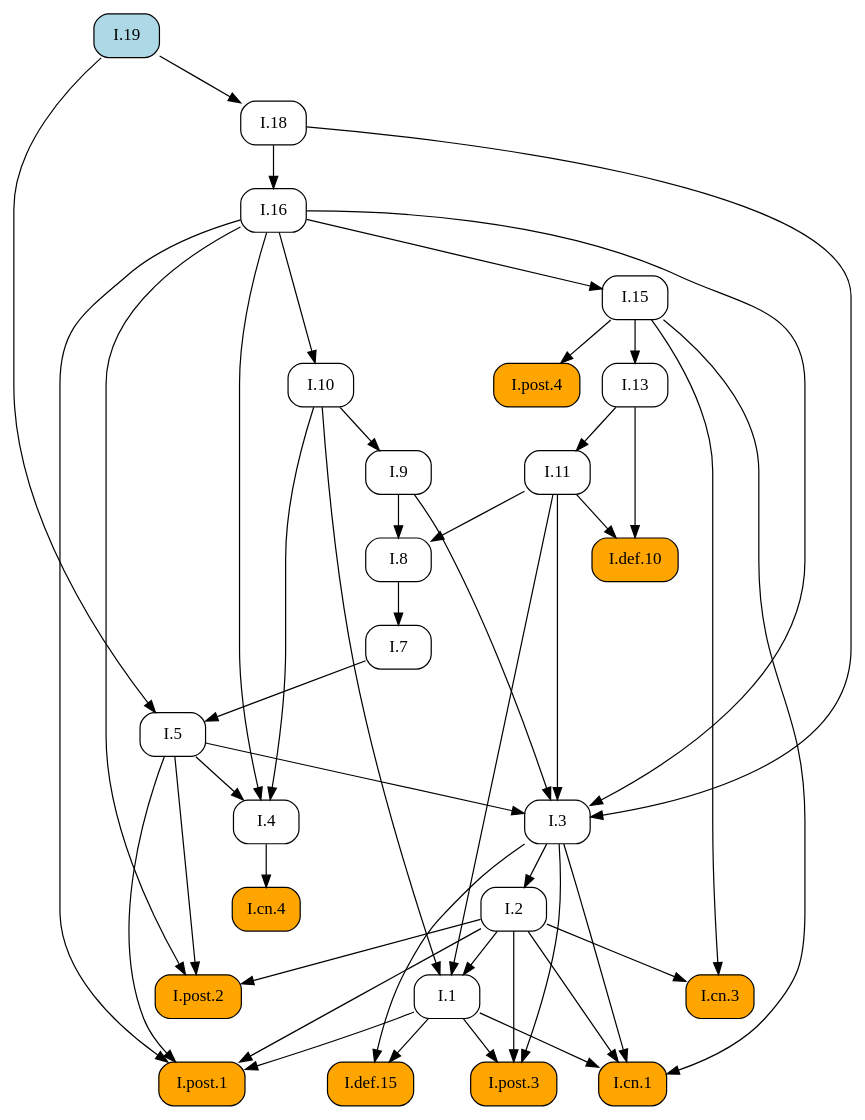
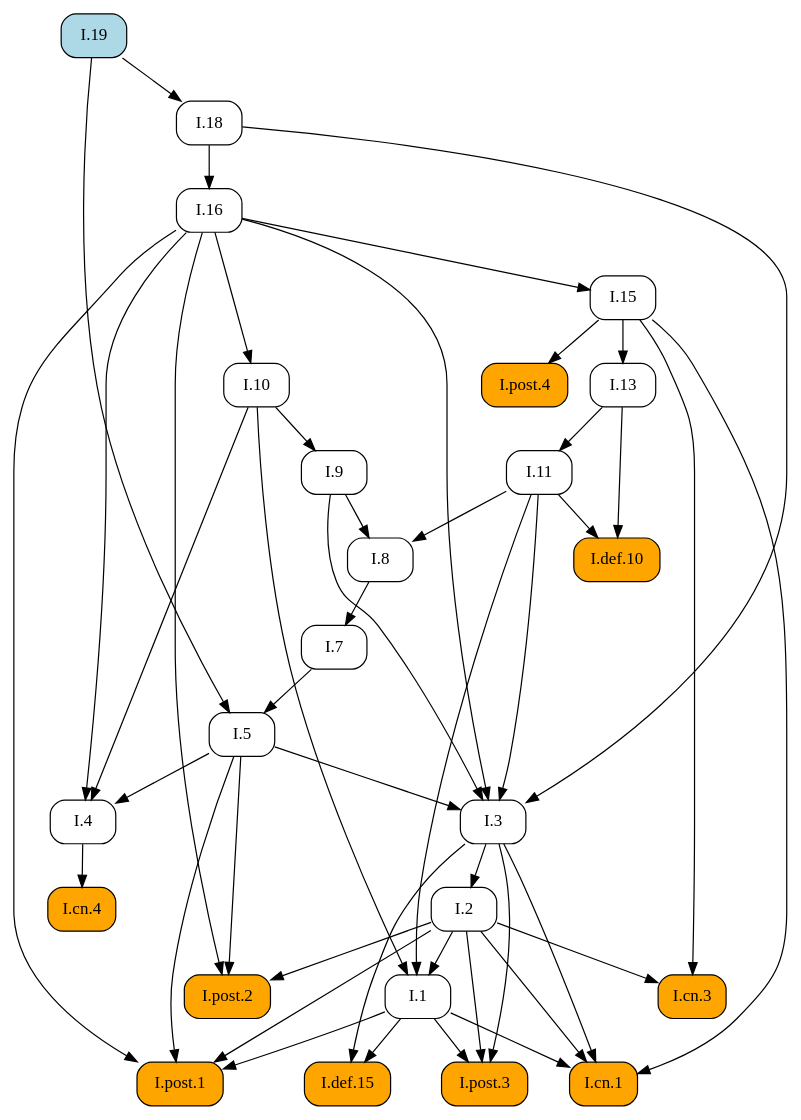
One commit to geometor/elements changed the diagram in docsrc/elements2/I/19/index.rst. Above: the diagram before and after it, drawn with Graphviz. The commit also changed other lines of this file and 171 other files, not shown here.

```diff
--- a/docsrc/elements2/I/19/index.rst
+++ b/docsrc/elements2/I/19/index.rst
@@ -45,76 +45,76 @@
 .. graphviz::
 
    digraph {
      rankdir="TB";
      node [shape=box, style=rounded];
+     "I.8" [URL="/elements2/I/8/", target="_top"];
+     "I.19" [style="rounded,filled", fillcolor=lightblue, URL="/elements2/I/19/", target="_top"];
+     "I.1" [URL="/elements2/I/1/", target="_top"];
+     "I.cn.4" [style="rounded,filled", fillcolor=orange, URL="/elements2/I/cn.4/", target="_top"];
+     "I.cn.3" [style="rounded,filled", fillcolor=orange, URL="/elements2/I/cn.3/", target="_top"];
+     "I.7" [URL="/elements2/I/7/", target="_top"];
+     "I.post.1" [style="rounded,filled", fillcolor=orange, URL="/elements2/I/post.1/", target="_top"];
+     "I.9" [URL="/elements2/I/9/", target="_top"];
+     "I.5" [URL="/elements2/I/5/", target="_top"];
+     "I.cn.1" [style="rounded,filled", fillcolor=orange, URL="/elements2/I/cn.1/", target="_top"];
+     "I.post.4" [style="rounded,filled", fillcolor=orange, URL="/elements2/I/post.4/", target="_top"];
+     "I.def.10" [style="rounded,filled", fillcolor=orange, URL="/elements2/I/def.10/", target="_top"];
      "I.16" [URL="/elements2/I/16/", target="_top"];
-     "I.def.10" [style="rounded,filled", fillcolor=orange, URL="/elements2/I/def.10/", target="_top"];
-     "I.9" [URL="/elements2/I/9/", target="_top"];
      "I.18" [URL="/elements2/I/18/", target="_top"];
+     "I.13" [URL="/elements2/I/13/", target="_top"];
      "I.2" [URL="/elements2/I/2/", target="_top"];
-     "I.8" [URL="/elements2/I/8/", target="_top"];
+     "I.def.15" [style="rounded,filled", fillcolor=orange, URL="/elements2/I/def.15/", target="_top"];
+     "I.4" [URL="/elements2/I/4/", target="_top"];
+     "I.11" [URL="/elements2/I/11/", target="_top"];
+     "I.10" [URL="/elements2/I/10/", target="_top"];
      "I.15" [URL="/elements2/I/15/", target="_top"];
-     "I.def.15" [style="rounded,filled", fillcolor=orange, URL="/elements2/I/def.15/", target="_top"];
-     "I.cn.4" [style="rounded,filled", fillcolor=orange, URL="/elements2/I/cn.4/", target="_top"];
+     "I.3" [URL="/elements2/I/3/", target="_top"];
+     "I.post.2" [style="rounded,filled", fillcolor=orange, URL="/elements2/I/post.2/", target="_top"];
      "I.post.3" [style="rounded,filled", fillcolor=orange, URL="/elements2/I/post.3/", target="_top"];
-     "I.1" [URL="/elements2/I/1/", target="_top"];
-     "I.post.2" [style="rounded,filled", fillcolor=orange, URL="/elements2/I/post.2/", target="_top"];
-     "I.13" [URL="/elements2/I/13/", target="_top"];
-     "I.10" [URL="/elements2/I/10/", target="_top"];
-     "I.post.1" [style="rounded,filled", fillcolor=orange, URL="/elements2/I/post.1/", target="_top"];
-     "I.7" [URL="/elements2/I/7/", target="_top"];
-     "I.post.4" [style="rounded,filled", fillcolor=orange, URL="/elements2/I/post.4/", target="_top"];
-     "I.cn.1" [style="rounded,filled", fillcolor=orange, URL="/elements2/I/cn.1/", target="_top"];
-     "I.3" [URL="/elements2/I/3/", target="_top"];
-     "I.cn.3" [style="rounded,filled", fillcolor=orange, URL="/elements2/I/cn.3/", target="_top"];
-     "I.11" [URL="/elements2/I/11/", target="_top"];
-     "I.19" [style="rounded,filled", fillcolor=lightblue, URL="/elements2/I/19/", target="_top"];
-     "I.5" [URL="/elements2/I/5/", target="_top"];
-     "I.4" [URL="/elements2/I/4/", target="_top"];
-     "I.18" -> "I.16";
-     "I.11" -> "I.def.10";
-     "I.13" -> "I.def.10";
-     "I.10" -> "I.9";
-     "I.19" -> "I.18";
-     "I.3" -> "I.2";
      "I.9" -> "I.8";
      "I.11" -> "I.8";
-     "I.16" -> "I.15";
-     "I.1" -> "I.def.15";
-     "I.3" -> "I.def.15";
-     "I.4" -> "I.cn.4";
-     "I.1" -> "I.post.3";
-     "I.2" -> "I.post.3";
-     "I.3" -> "I.post.3";
      "I.2" -> "I.1";
      "I.10" -> "I.1";
      "I.11" -> "I.1";
-     "I.2" -> "I.post.2";
-     "I.5" -> "I.post.2";
-     "I.16" -> "I.post.2";
-     "I.15" -> "I.13";
-     "I.16" -> "I.10";
+     "I.4" -> "I.cn.4";
+     "I.2" -> "I.cn.3";
+     "I.15" -> "I.cn.3";
+     "I.8" -> "I.7";
      "I.1" -> "I.post.1";
      "I.2" -> "I.post.1";
      "I.5" -> "I.post.1";
      "I.16" -> "I.post.1";
-     "I.8" -> "I.7";
-     "I.15" -> "I.post.4";
+     "I.10" -> "I.9";
+     "I.7" -> "I.5";
+     "I.19" -> "I.5";
      "I.1" -> "I.cn.1";
      "I.2" -> "I.cn.1";
      "I.3" -> "I.cn.1";
      "I.15" -> "I.cn.1";
+     "I.15" -> "I.post.4";
+     "I.11" -> "I.def.10";
+     "I.13" -> "I.def.10";
+     "I.18" -> "I.16";
+     "I.19" -> "I.18";
+     "I.15" -> "I.13";
+     "I.3" -> "I.2";
+     "I.1" -> "I.def.15";
+     "I.3" -> "I.def.15";
+     "I.5" -> "I.4";
+     "I.10" -> "I.4";
+     "I.16" -> "I.4";
+     "I.13" -> "I.11";
+     "I.16" -> "I.10";
+     "I.16" -> "I.15";
      "I.5" -> "I.3";
      "I.9" -> "I.3";
      "I.11" -> "I.3";
      "I.16" -> "I.3";
      "I.18" -> "I.3";
-     "I.2" -> "I.cn.3";
-     "I.15" -> "I.cn.3";
-     "I.13" -> "I.11";
-     "I.7" -> "I.5";
-     "I.19" -> "I.5";
-     "I.5" -> "I.4";
-     "I.10" -> "I.4";
-     "I.16" -> "I.4";
+     "I.2" -> "I.post.2";
+     "I.5" -> "I.post.2";
+     "I.16" -> "I.post.2";
+     "I.1" -> "I.post.3";
+     "I.2" -> "I.post.3";
+     "I.3" -> "I.post.3";
    }
```
